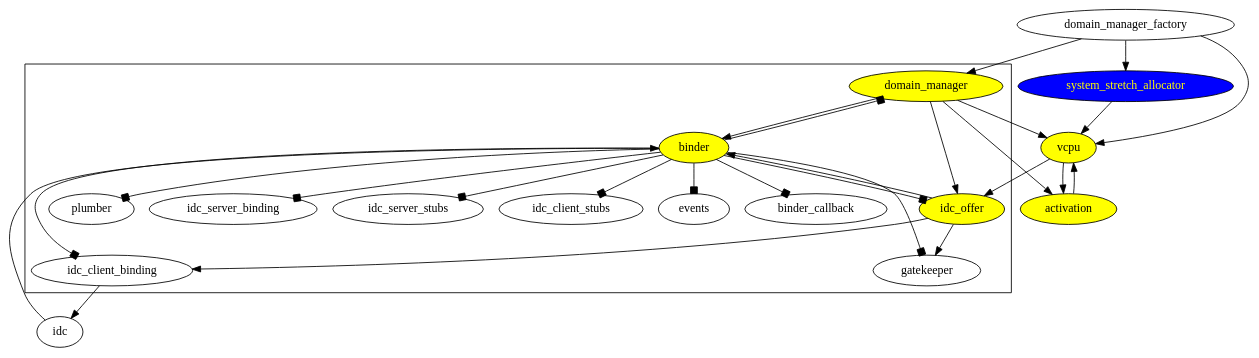
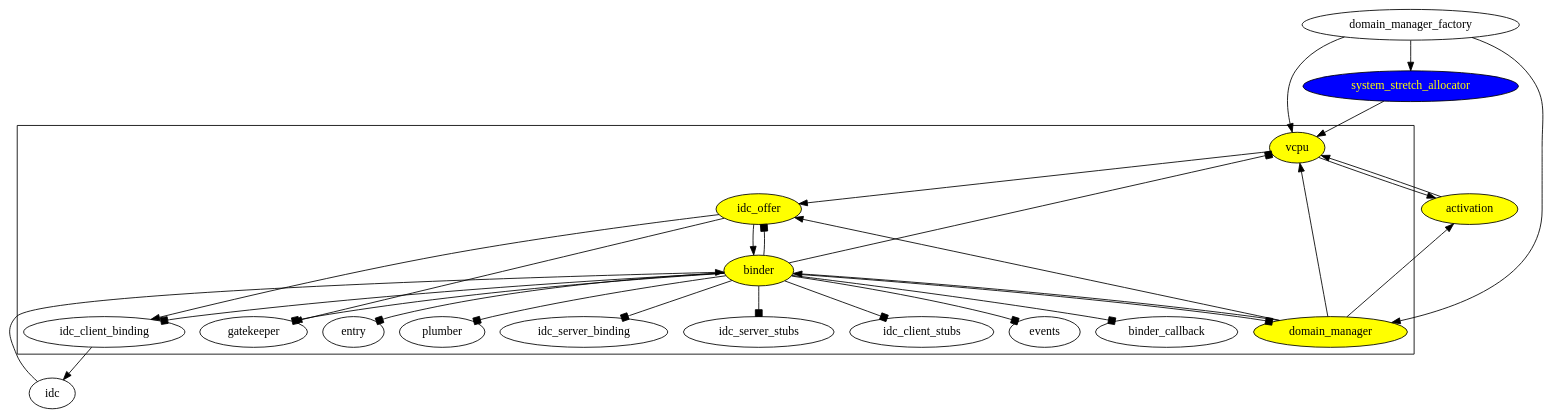
The diagram in docs/needs_boot.dot (metta-systems/metta), drawn with Graphviz before and after one commit.

Commit message:
Update implementation dependencies.

```diff
--- a/docs/needs_boot.dot
+++ b/docs/needs_boot.dot
@@ -1,40 +1,42 @@
 digraph {
 	vcpu [style=filled,fillcolor=yellow,color=black,fontcolor=black];
 	domain_manager [style=filled,fillcolor=yellow,color=black,fontcolor=black];
 	binder [style=filled,fillcolor=yellow,color=black,fontcolor=black];
 	idc_offer [style=filled,fillcolor=yellow,color=black,fontcolor=black];
 	activation [style=filled,fillcolor=yellow,color=black,fontcolor=black];
 	system_stretch_allocator [style=filled,fillcolor=blue,color=black,fontcolor=yellow];
 
 # Interface dependencies
 	activation -> vcpu;
 	domain_manager -> activation;
 	domain_manager -> vcpu;
 	domain_manager -> idc_offer;
 	domain_manager -> binder;
 	domain_manager_factory -> system_stretch_allocator;
 	domain_manager_factory -> domain_manager;
 	domain_manager_factory -> vcpu;
 	idc -> binder;
 	idc_client_binding -> idc;
 	idc_offer -> binder;
 	idc_offer -> idc_client_binding;
 	idc_offer -> gatekeeper;
 	system_stretch_allocator -> vcpu;
 	vcpu -> activation;
 	vcpu -> idc_offer;
 
 # Implementation dependencies (arrowhead = box)
 	subgraph cluster_binder_impl {
+		binder -> vcpu [arrowhead=box];
 		binder -> plumber [arrowhead=box];
 		binder -> idc_offer [arrowhead=box];
 		binder -> idc_client_binding [arrowhead=box];
 		binder -> idc_server_binding [arrowhead=box];
 		binder -> idc_server_stubs [arrowhead=box];
 		binder -> idc_client_stubs [arrowhead=box];
 		binder -> events [arrowhead=box];
 		binder -> binder_callback [arrowhead=box];
 		binder -> domain_manager [arrowhead=box];
 		binder -> gatekeeper [arrowhead=box];
+		binder -> entry [arrowhead=box];
 	}
 }
```
